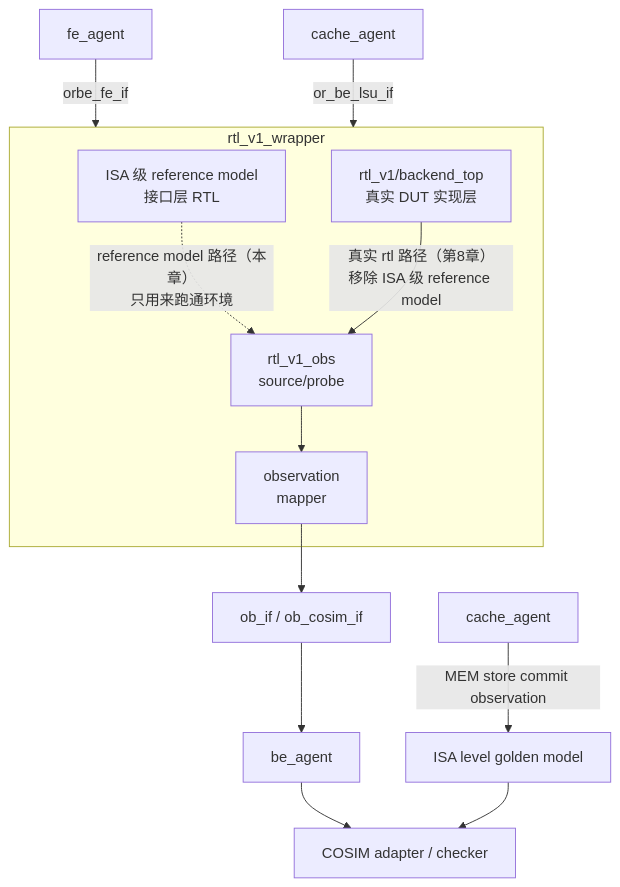
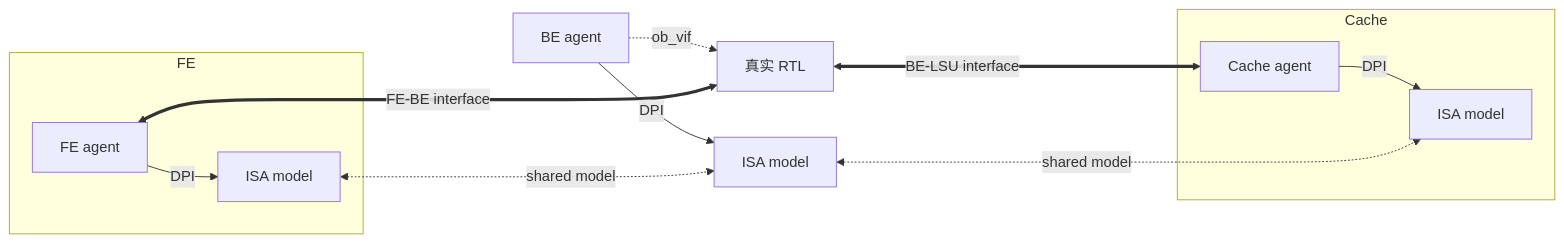
The third of 3 diagrams in flows/orbe_ai_cowork_flow.md (ssknight88/openrios), drawn with Mermaid before and after one commit. The commit also changed other lines of this file, not shown here.

Commit message:
Updated AI cowork flow

````diff
--- a/flows/orbe_ai_cowork_flow.md
+++ b/flows/orbe_ai_cowork_flow.md
@@ -143,20 +210,25 @@
 ```mermaid
-flowchart TB
-    FE[fe_agent] -->|orbe_fe_if| WRAPPER
-    CACHE[cache_agent] -->|or_be_lsu_if| WRAPPER
+flowchart LR
+   subgraph FEWRAPPER[FE]
+   FE[FE agent]
+   ISA1[ISA model]
+   FE -->|DPI| ISA1
+   end 
 
-    subgraph WRAPPER[rtl_v1_wrapper]
+   DUT[真实 RTL]
+   ISA2[ISA model]
+   BE -->|DPI| ISA2
+   BE -.->|ob_vif| DUT
+   BE[BE agent]
 
-    REF_MODEL[ISA 级 reference model<br/>接口层 RTL] -.->|reference model 路径（本章）<br/>只用来跑通环境| PROBE[rtl_v1_obs<br/>source/probe]
-    REAL_RTL[rtl_v1/backend_top<br/>真实 DUT 实现层] -->|真实 rtl 路径（第8章）<br/>移除 ISA 级 reference model| PROBE
+   subgraph CACHEWRAPPER[Cache]
+   CACHE[Cache agent]
+   ISA3[ISA model]
+   CACHE -->|DPI| ISA3
+   end 
+   FE <====>|FE-BE interface| DUT
+   DUT <====>|BE-LSU interface| CACHE
+   ISA1[ISA model] <-..->|shared model| ISA2[ISA model]
+   ISA2[ISA model] <-..->|shared model| ISA3[ISA model]
 
-    PROBE -->   MAPPER[observation<br/>mapper]
-    end
-
-    MAPPER --> OB_IF[ob_if / ob_cosim_if]
-
-    OB_IF --> BE[be_agent]
-    BE --> CHECKER[COSIM adapter / checker]
-    REF[ISA level golden model] --> CHECKER
-    CACHE2[cache_agent] -->|MEM store commit observation| REF
 ```
````
